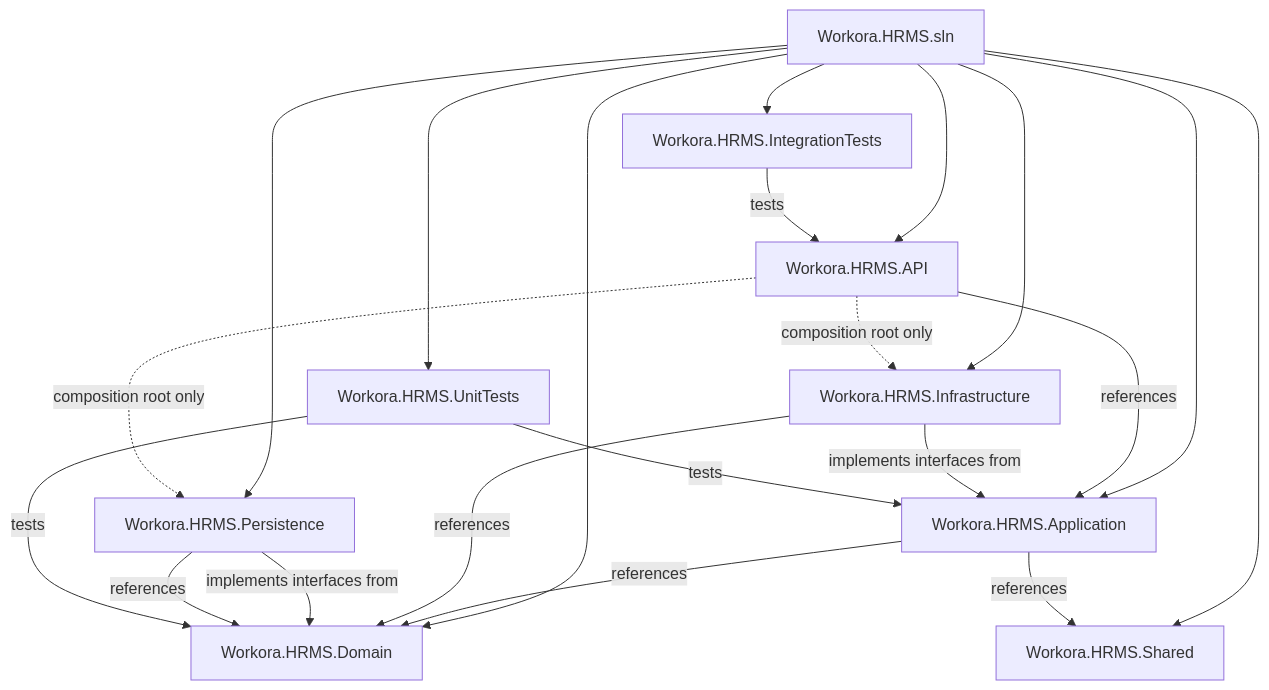
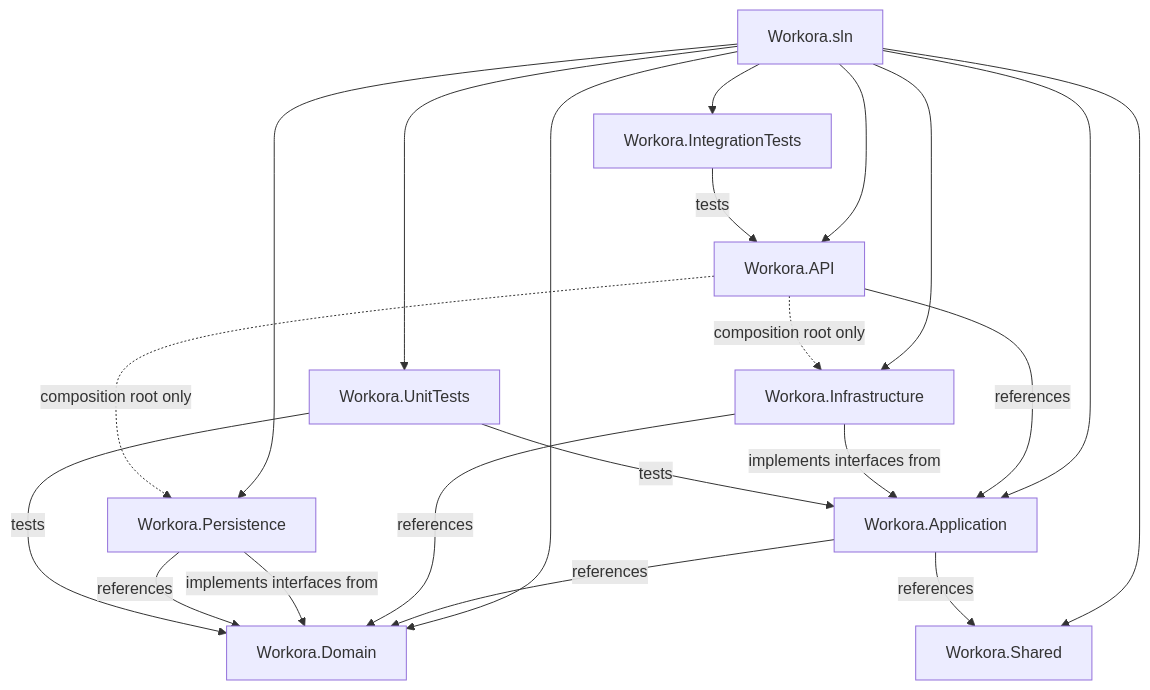
The first of 7 diagrams in backend/docs/CodeStructure.md (satyakidushyant/workora), drawn with Mermaid before and after one commit. The commit also changed other lines of this file and 30 other files, not shown here.

````diff
--- a/backend/docs/CodeStructure.md
+++ b/backend/docs/CodeStructure.md
@@ -30,25 +37,25 @@
 ```mermaid
 graph TD
-    SLN[Workora.HRMS.sln]
-    SLN --> API[Workora.HRMS.API]
-    SLN --> APP[Workora.HRMS.Application]
-    SLN --> DOM[Workora.HRMS.Domain]
-    SLN --> INF[Workora.HRMS.Infrastructure]
-    SLN --> PER[Workora.HRMS.Persistence]
-    SLN --> SHR[Workora.HRMS.Shared]
-    SLN --> UT[Workora.HRMS.UnitTests]
-    SLN --> IT[Workora.HRMS.IntegrationTests]
+    SLN[Workora.sln]
+    SLN --> API[Workora.API]
+    SLN --> APP[Workora.Application]
+    SLN --> DOM[Workora.Domain]
+    SLN --> INF[Workora.Infrastructure]
+    SLN --> PER[Workora.Persistence]
+    SLN --> SHR[Workora.Shared]
+    SLN --> UT[Workora.UnitTests]
+    SLN --> IT[Workora.IntegrationTests]
 
     API -->|references| APP
     API -.->|composition root only| INF
     API -.->|composition root only| PER
     APP -->|references| DOM
     APP -->|references| SHR
     INF -->|implements interfaces from| APP
     INF -->|references| DOM
     PER -->|implements interfaces from| DOM
     PER -->|references| DOM
     UT -->|tests| APP
     UT -->|tests| DOM
     IT -->|tests| API
 ```
````
